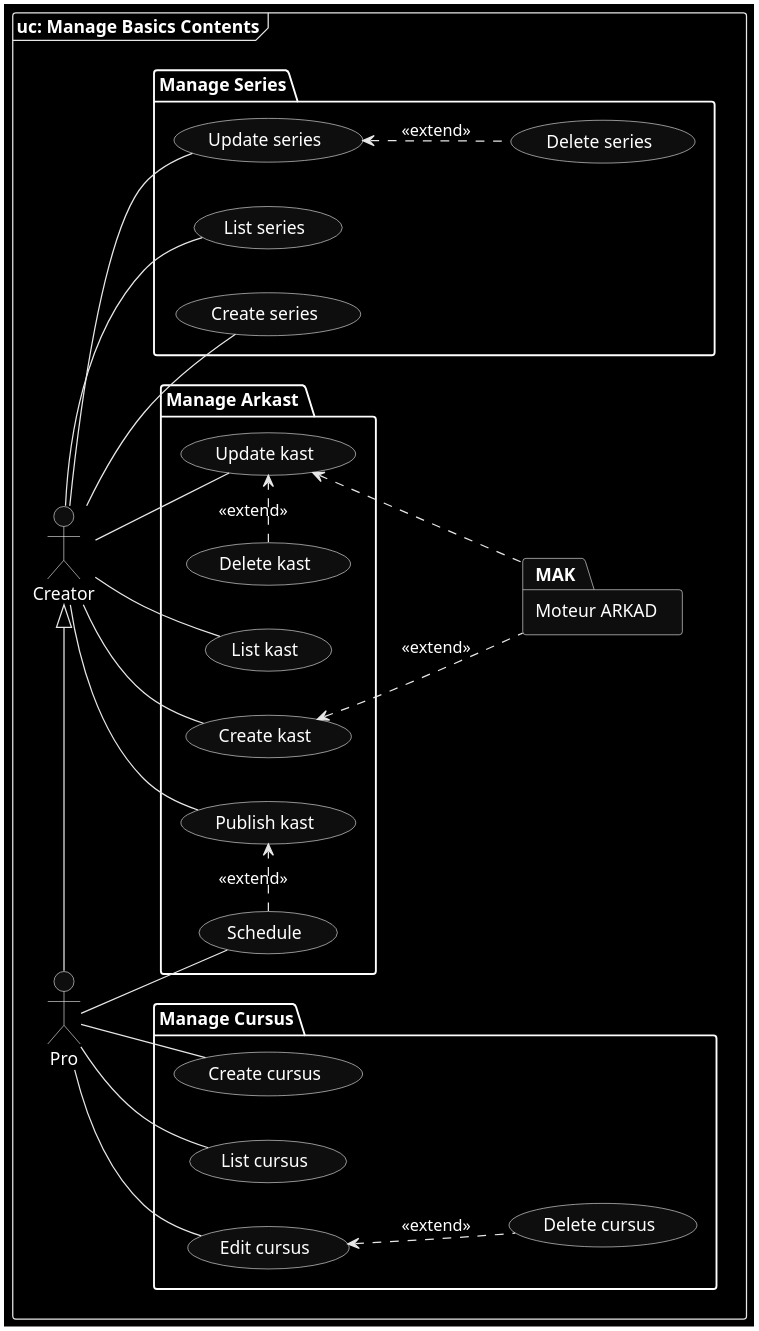
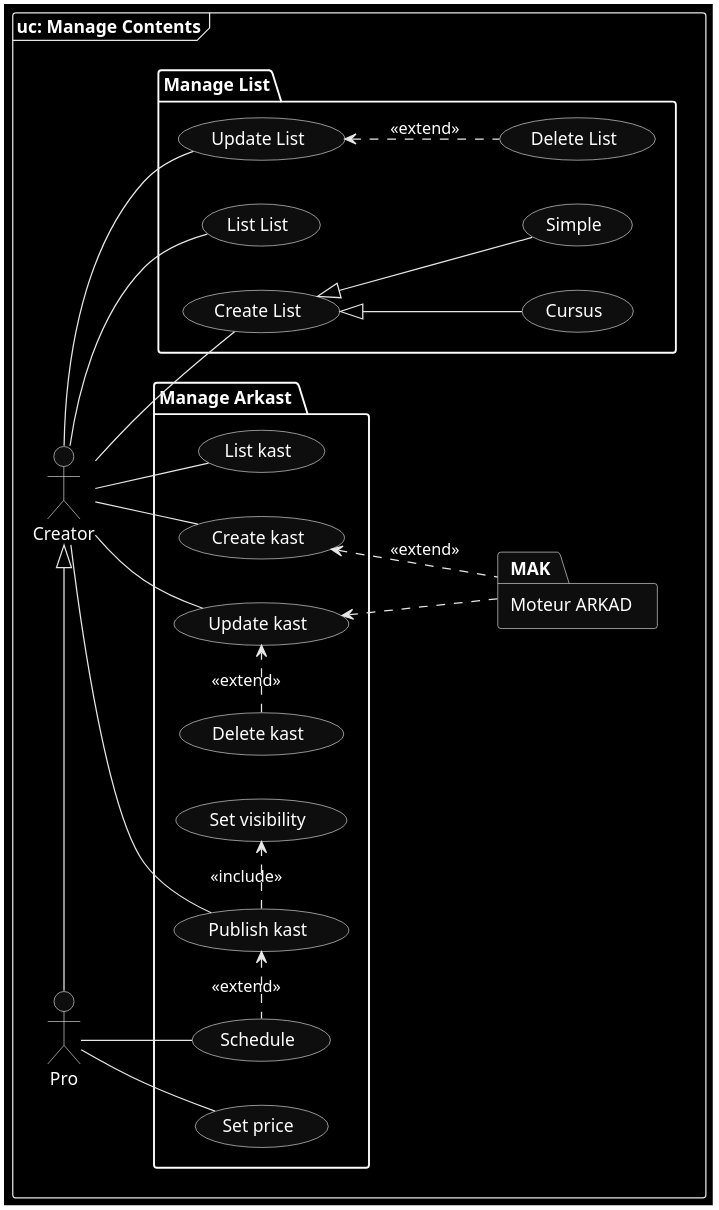
One commit to SSMM0498/arkad-conception changed the diagram in models/1.UseCase/content/1.UseCase.puml. Above: the diagram before and after it, drawn with PlantUML. The commit also changed 7 other files, not shown here.

Commit message:
🌟 update use case diagram

```diff
--- a/models/1.UseCase/content/1.UseCase.puml
+++ b/models/1.UseCase/content/1.UseCase.puml
@@ -1,52 +1,45 @@
 @startuml
 left to right direction
 skinparam shadowing false
 skinparam monochrome reverse
 
-frame "uc: Manage Basics Contents" {
+frame "uc: Manage Contents" {
     actor Creator
     actor Pro
 
     Creator <|-left- Pro
 
     package "Moteur ARKAD" as MAK {
     }
 
     package "Manage Arkast " {
         (Create kast)
-        (Publish kast) <.left. (Schedule) : <<extend>>
+        (Publish kast) <.right. (Schedule) : <<extend>>
         (List kast)
+        (Publish kast) .right.> (Set visibility) : <<include>>
+        (Set price)
         (Update kast) <.left. (Delete kast) : <<extend>>
         (Update kast)  <.down. MAK
         (Create kast)  <.. MAK : <<extend>>
     }
     
-    package "Manage Series" {
-        (Create series)
-        (List series)
-        (Update series) <.down. (Delete series) : <<extend>>
-    }
-
-    package "Manage Cursus" {
-        (Create cursus)
-        (Edit cursus) <.down. (Delete cursus) : <<extend>>
-        (List cursus)
+    package "Manage List" {
+        (Create List) <|-down- (Simple)
+        (Create List) <|-down- (Cursus)
+        (List List)
+        (Update List) <.down. (Delete List) : <<extend>>
     }
 
     :Pro: -down- (Schedule)
-    :Pro: .down. (Publish kast) #line:white
-
-    :Pro: -down- (Create cursus)
-    :Pro: -down- (Edit cursus)
-    :Pro: -down- (List cursus)
+    :Pro: -down- (Set price)
 
     :Creator: -down- (Create kast)
     :Creator: -down- (Publish kast)
     :Creator: -down- (Update kast)
     :Creator: -down- (List kast)
 
-    :Creator: -down- (Create series)
-    :Creator: -down- (Update series)
-    :Creator: -down- (List series)
+    :Creator: -down- (Create List)
+    :Creator: -down- (Update List)
+    :Creator: -down- (List List)
 }
 @enduml
```
